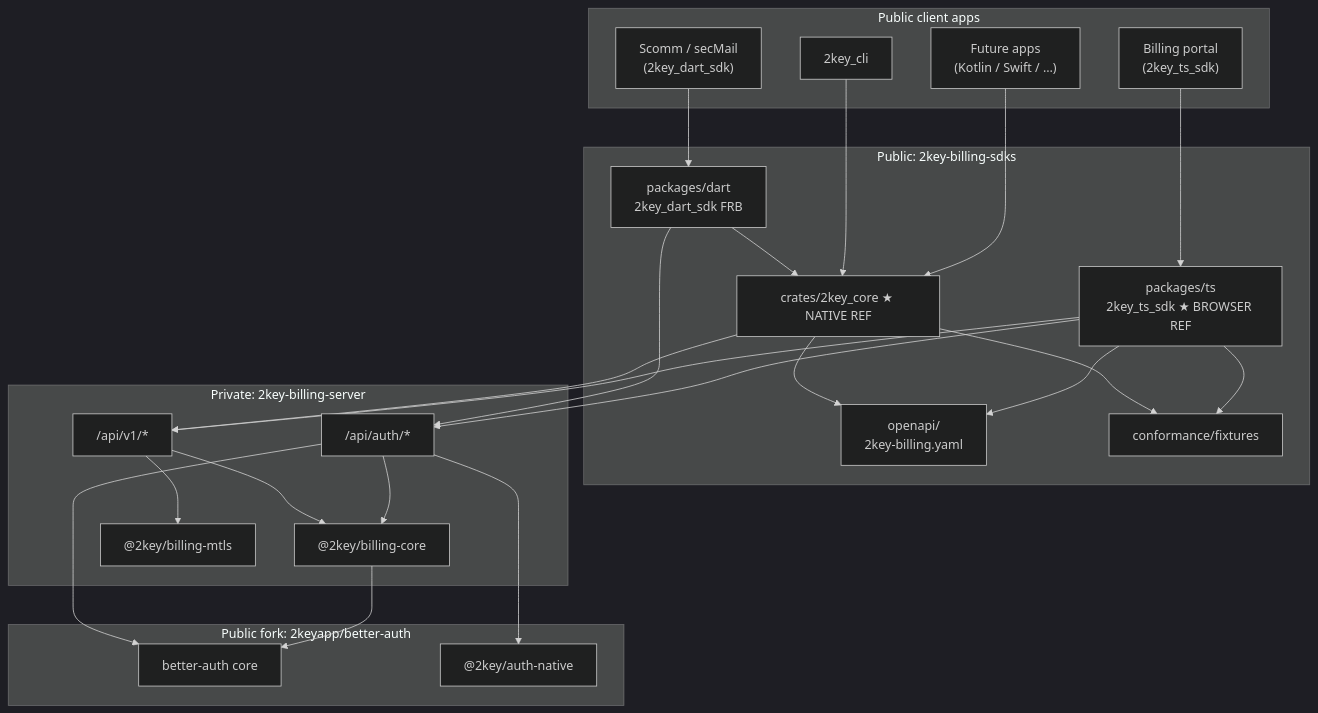
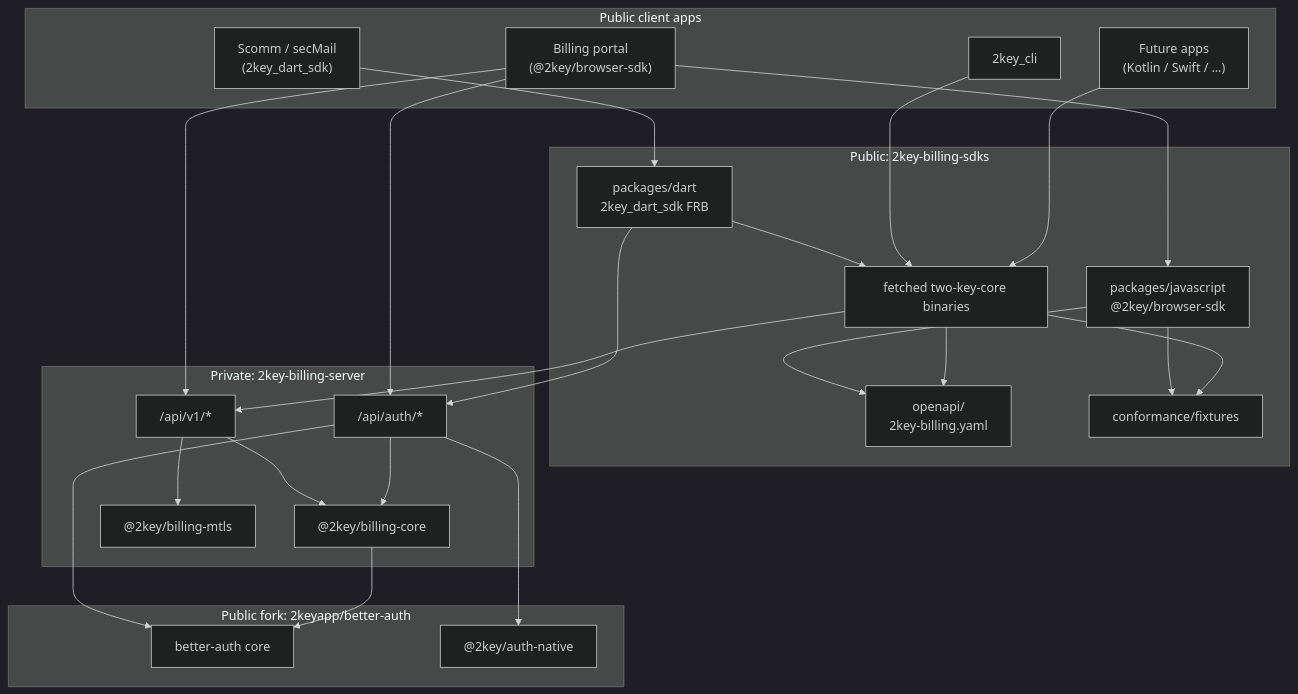
The diagram in docs/architecture.md (2keyapp/2key-billing-sdks), drawn with Mermaid (dark theme) before and after one commit. The commit also changed other lines of this file and 146 other files, not shown here.

First line of the commit message:
feat(sdk): colocate JavaScript under packages/javascript

````diff
--- a/docs/architecture.md
+++ b/docs/architecture.md
@@ -123,51 +122,51 @@
 ```mermaid
 flowchart TB
   subgraph public_clients["Public client apps"]
     Scomm["Scomm / secMail\n(2key_dart_sdk)"]
     Cli["2key_cli"]
-    Portal["Billing portal\n(2key_ts_sdk)"]
+    Portal["Billing portal\n(@2key/browser-sdk)"]
     Future["Future apps\n(Kotlin / Swift / …)"]
   end
 
   subgraph public_sdks["Public: 2key-billing-sdks"]
-    Core["crates/2key_core ★ NATIVE REF"]
+    Core["fetched two-key-core binaries"]
     DartSDK["packages/dart\n2key_dart_sdk FRB"]
-    BrowserSDK["packages/ts\n2key_ts_sdk ★ BROWSER REF"]
+    JsSDK["packages/javascript\n@2key/browser-sdk"]
     OpenAPI["openapi/\n2key-billing.yaml"]
     Fixtures["conformance/fixtures"]
   end
 
   subgraph private_server["Private: 2key-billing-server"]
     API["/api/v1/*"]
     AuthHost["/api/auth/*"]
     CorePkg["@2key/billing-core"]
     MTLS["@2key/billing-mtls"]
   end
 
   subgraph auth_fork["Public fork: 2keyapp/better-auth"]
     BA["better-auth core"]
     NativePlugin["@2key/auth-native"]
   end
 
   Scomm --> DartSDK
   DartSDK --> Core
   Cli --> Core
   Future --> Core
-  Portal --> BrowserSDK
+  Portal --> JsSDK
+  JsSDK --> OpenAPI
+  JsSDK --> Fixtures
   Core --> OpenAPI
-  BrowserSDK --> OpenAPI
   Core --> Fixtures
-  BrowserSDK --> Fixtures
 
   DartSDK --> AuthHost
-  BrowserSDK --> AuthHost
+  Portal --> AuthHost
+  Portal --> API
   Core --> API
-  BrowserSDK --> API
 
   AuthHost --> BA
   AuthHost --> NativePlugin
   API --> CorePkg
   API --> MTLS
   AuthHost --> CorePkg
   CorePkg --> BA
 ```
````
